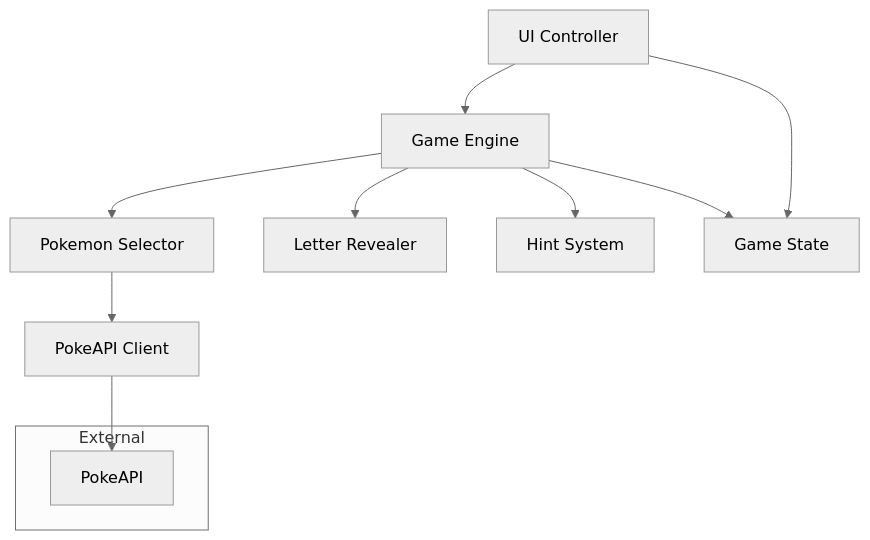
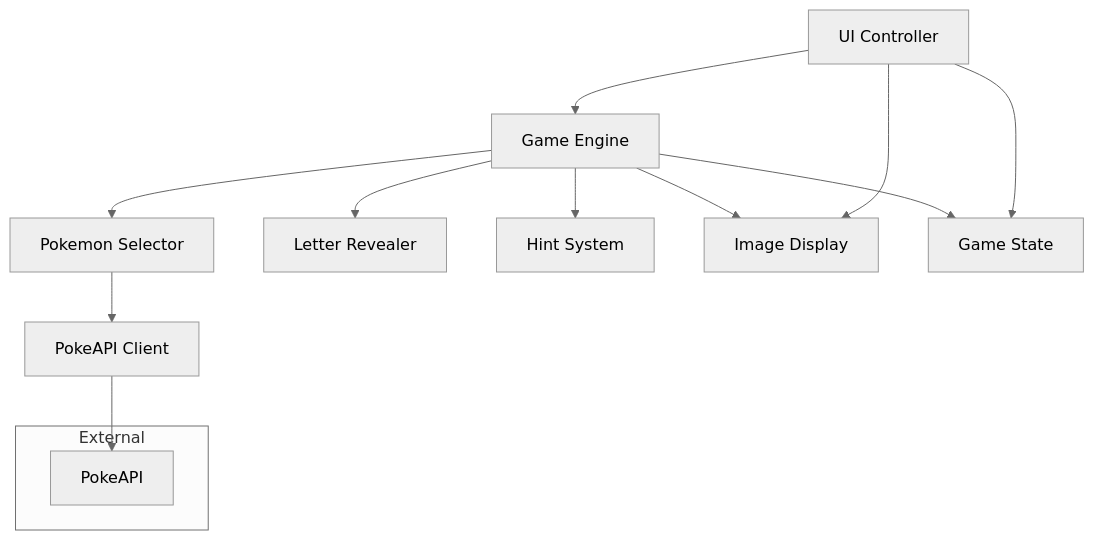
The diagram in .kiro/specs/pokemon-guessing-game/design.md (WayneGreeley/pokemon-guessing-game), drawn with Mermaid (neutral theme) before and after one commit. The commit also changed other lines of this file and 18 other files, not shown here.

````diff
--- a/.kiro/specs/pokemon-guessing-game/design.md
+++ b/.kiro/specs/pokemon-guessing-game/design.md
@@ -13,16 +13,18 @@
 ```mermaid
 graph TB
     UI[UI Controller] --> GE[Game Engine]
     GE --> PS[Pokemon Selector]
     GE --> LR[Letter Revealer]
     GE --> HS[Hint System]
+    GE --> ID[Image Display]
     PS --> API[PokeAPI Client]
     GE --> GS[Game State]
     UI --> GS
+    UI --> ID
     
     subgraph "External"
         PAPI[PokeAPI]
     end
     
     API --> PAPI
 ```
````
